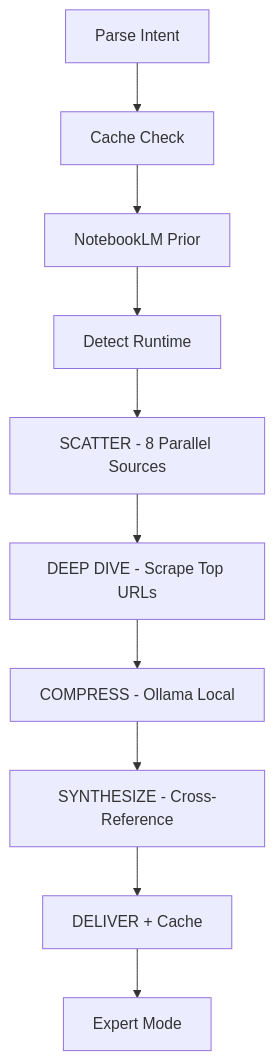
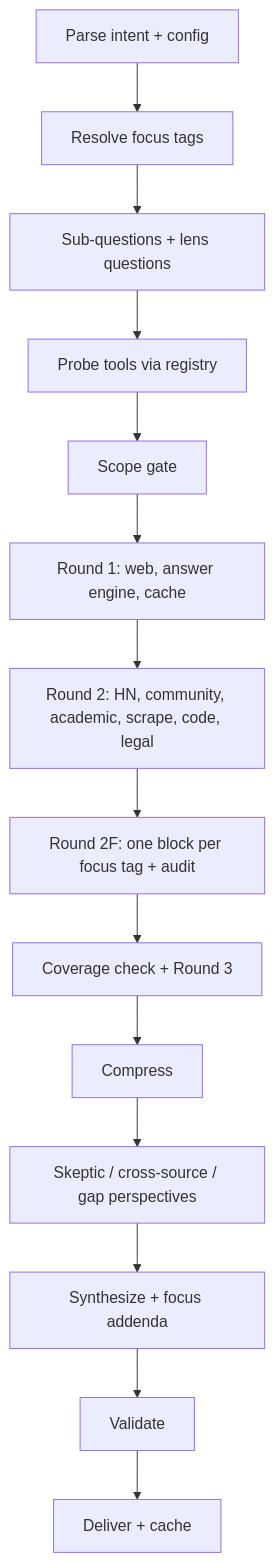
The diagram in README.md (7alexhale5-rgb/research-stack), drawn with Mermaid before and after one commit. The commit also changed other lines of this file and 41 other files, not shown here.

````diff
--- a/README.md
+++ b/README.md
@@ -39,12 +46,16 @@
 ```mermaid
 flowchart TD
-    A[Parse Intent] --> B[Cache Check]
-    B --> C[NotebookLM Prior]
-    C --> D[Detect Runtime]
-    D --> E[SCATTER - 8 Parallel Sources]
-    E --> F[DEEP DIVE - Scrape Top URLs]
-    F --> G[COMPRESS - Ollama Local]
-    G --> H[SYNTHESIZE - Cross-Reference]
-    H --> I[DELIVER + Cache]
-    I --> J[Expert Mode]
+    A[Parse intent + config] --> B[Resolve focus tags]
+    B --> C[Sub-questions + lens questions]
+    C --> D[Probe tools via registry]
+    D --> E[Scope gate]
+    E --> F[Round 1: web, answer engine, cache]
+    F --> G[Round 2: HN, community, academic, scrape, code, legal]
+    G --> H[Round 2F: one block per focus tag + audit]
+    H --> I[Coverage check + Round 3]
+    I --> J[Compress]
+    J --> K[Skeptic / cross-source / gap perspectives]
+    K --> L[Synthesize + focus addenda]
+    L --> M[Validate]
+    M --> N[Deliver + cache]
 ```
````
